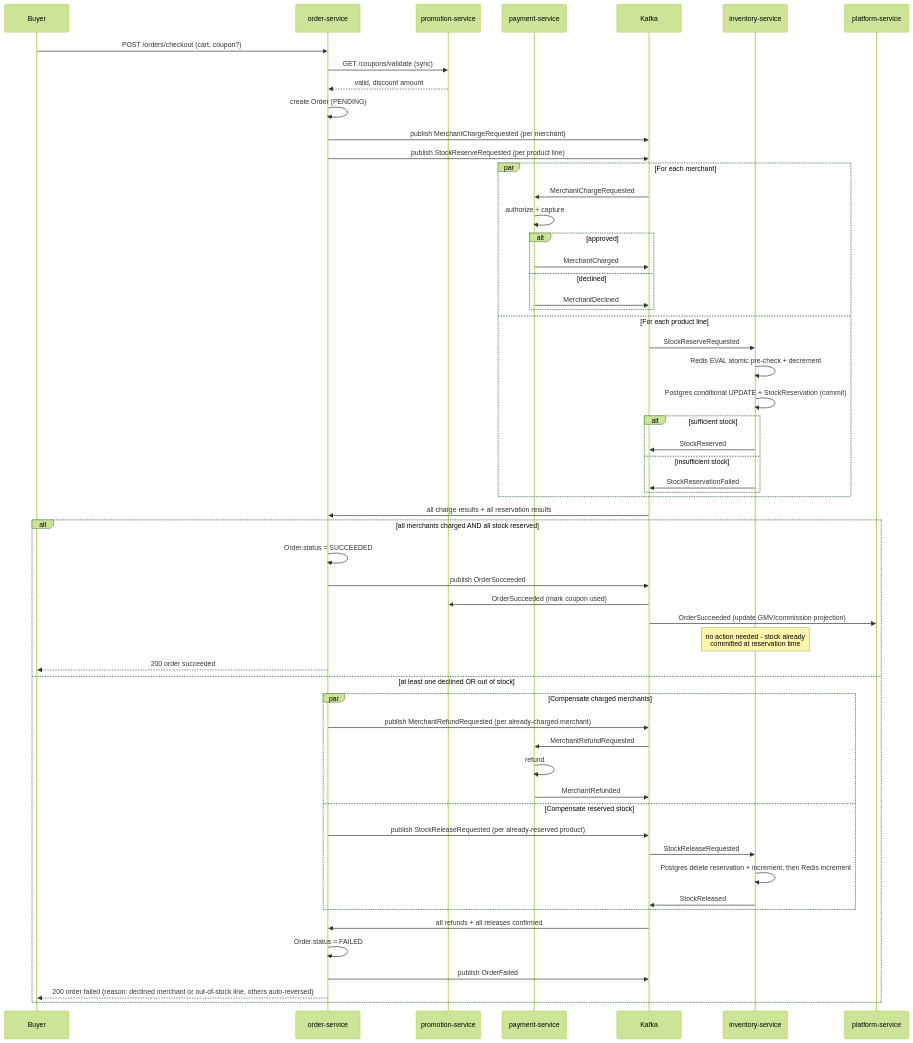
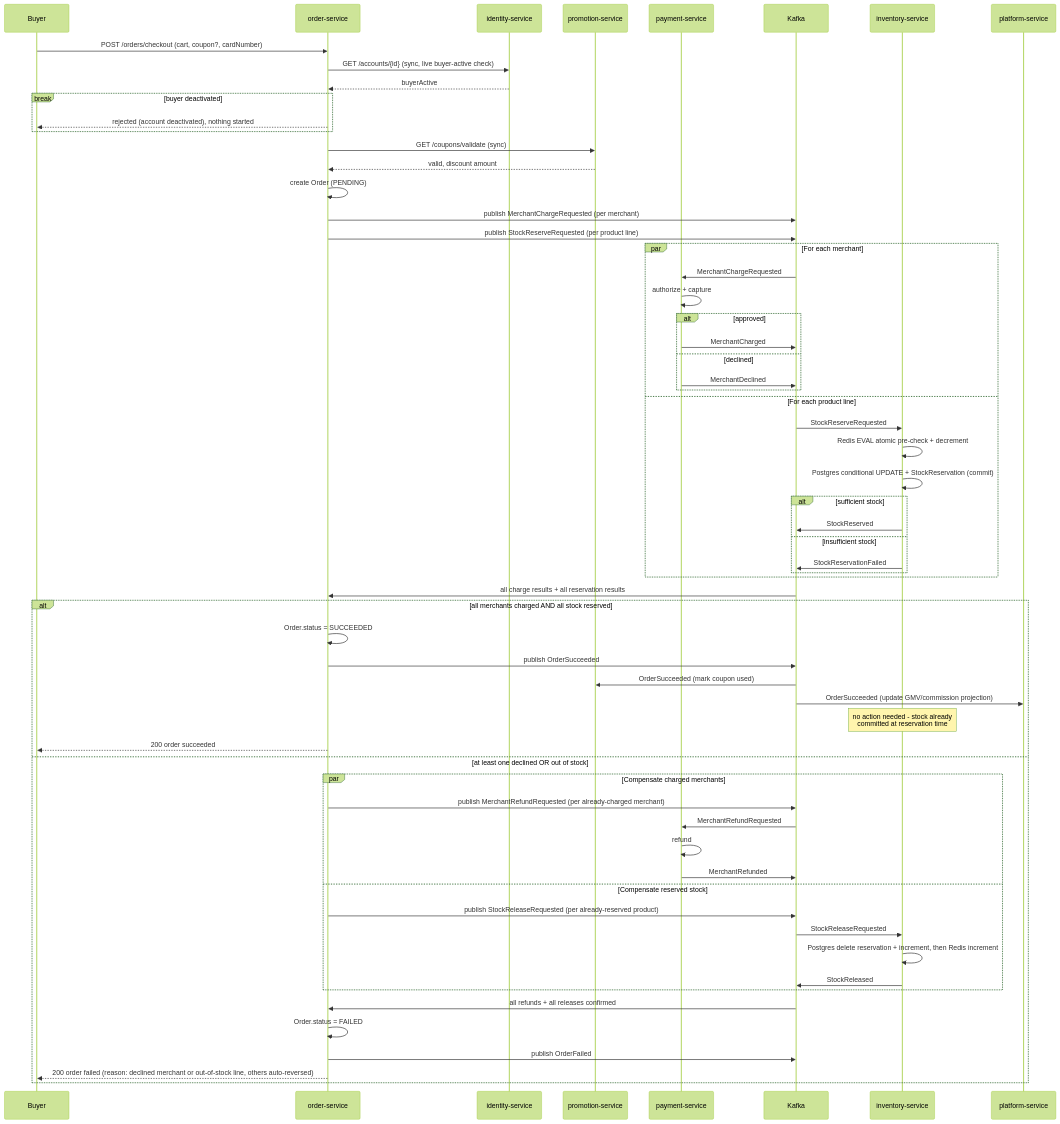
One commit to kevinchikwan/KevinBasketry changed the diagram in docs/checkout-saga.mermaid. Above: the diagram before and after it, drawn with Mermaid (forest theme). The commit also changed 2 other files, not shown here.

Commit message:
docs: finalize identity-service auth design (RS256/JWKS, email uniqueness, onboarding edge cases)

```diff
--- a/docs/checkout-saga.mermaid
+++ b/docs/checkout-saga.mermaid
@@ -1,62 +1,68 @@
 sequenceDiagram
     participant Buyer
     participant OrderSvc as order-service
+    participant IdentitySvc as identity-service
     participant PromoSvc as promotion-service
     participant PaymentSvc as payment-service
     participant Kafka
     participant InvSvc as inventory-service
     participant PlatformSvc as platform-service
 
-    Buyer->>OrderSvc: POST /orders/checkout (cart, coupon?)
+    Buyer->>OrderSvc: POST /orders/checkout (cart, coupon?, cardNumber)
+    OrderSvc->>IdentitySvc: GET /accounts/{id} (sync, live buyer-active check)
+    IdentitySvc-->>OrderSvc: buyerActive
+    break buyer deactivated
+        OrderSvc-->>Buyer: rejected (account deactivated), nothing started
+    end
     OrderSvc->>PromoSvc: GET /coupons/validate (sync)
     PromoSvc-->>OrderSvc: valid, discount amount
 
     OrderSvc->>OrderSvc: create Order (PENDING)
     OrderSvc->>Kafka: publish MerchantChargeRequested (per merchant)
     OrderSvc->>Kafka: publish StockReserveRequested (per product line)
 
     par For each merchant
         Kafka->>PaymentSvc: MerchantChargeRequested
         PaymentSvc->>PaymentSvc: authorize + capture
         alt approved
             PaymentSvc->>Kafka: MerchantCharged
         else declined
             PaymentSvc->>Kafka: MerchantDeclined
         end
     and For each product line
         Kafka->>InvSvc: StockReserveRequested
         InvSvc->>InvSvc: Redis EVAL atomic pre-check + decrement
         InvSvc->>InvSvc: Postgres conditional UPDATE + StockReservation (commit)
         alt sufficient stock
             InvSvc->>Kafka: StockReserved
         else insufficient stock
             InvSvc->>Kafka: StockReservationFailed
         end
     end
 
     Kafka->>OrderSvc: all charge results + all reservation results
 
     alt all merchants charged AND all stock reserved
         OrderSvc->>OrderSvc: Order.status = SUCCEEDED
         OrderSvc->>Kafka: publish OrderSucceeded
         Kafka->>PromoSvc: OrderSucceeded (mark coupon used)
         Kafka->>PlatformSvc: OrderSucceeded (update GMV/commission projection)
         Note over InvSvc: no action needed - stock already<br/>committed at reservation time
         OrderSvc-->>Buyer: 200 order succeeded
     else at least one declined OR out of stock
         par Compensate charged merchants
             OrderSvc->>Kafka: publish MerchantRefundRequested (per already-charged merchant)
             Kafka->>PaymentSvc: MerchantRefundRequested
             PaymentSvc->>PaymentSvc: refund
             PaymentSvc->>Kafka: MerchantRefunded
         and Compensate reserved stock
             OrderSvc->>Kafka: publish StockReleaseRequested (per already-reserved product)
             Kafka->>InvSvc: StockReleaseRequested
             InvSvc->>InvSvc: Postgres delete reservation + increment, then Redis increment
             InvSvc->>Kafka: StockReleased
         end
         Kafka->>OrderSvc: all refunds + all releases confirmed
         OrderSvc->>OrderSvc: Order.status = FAILED
         OrderSvc->>Kafka: publish OrderFailed
         OrderSvc-->>Buyer: 200 order failed (reason: declined merchant or out-of-stock line, others auto-reversed)
     end
```
